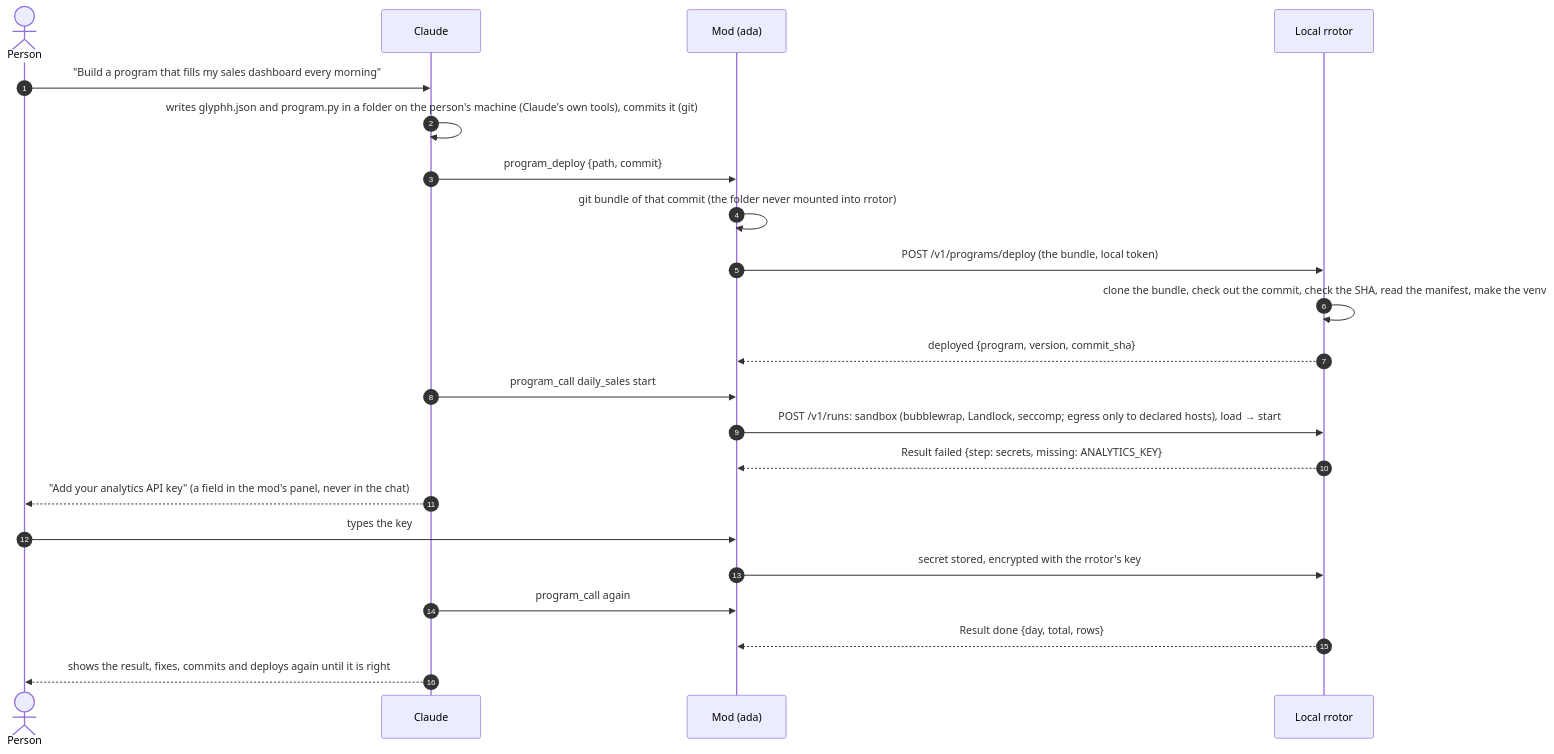
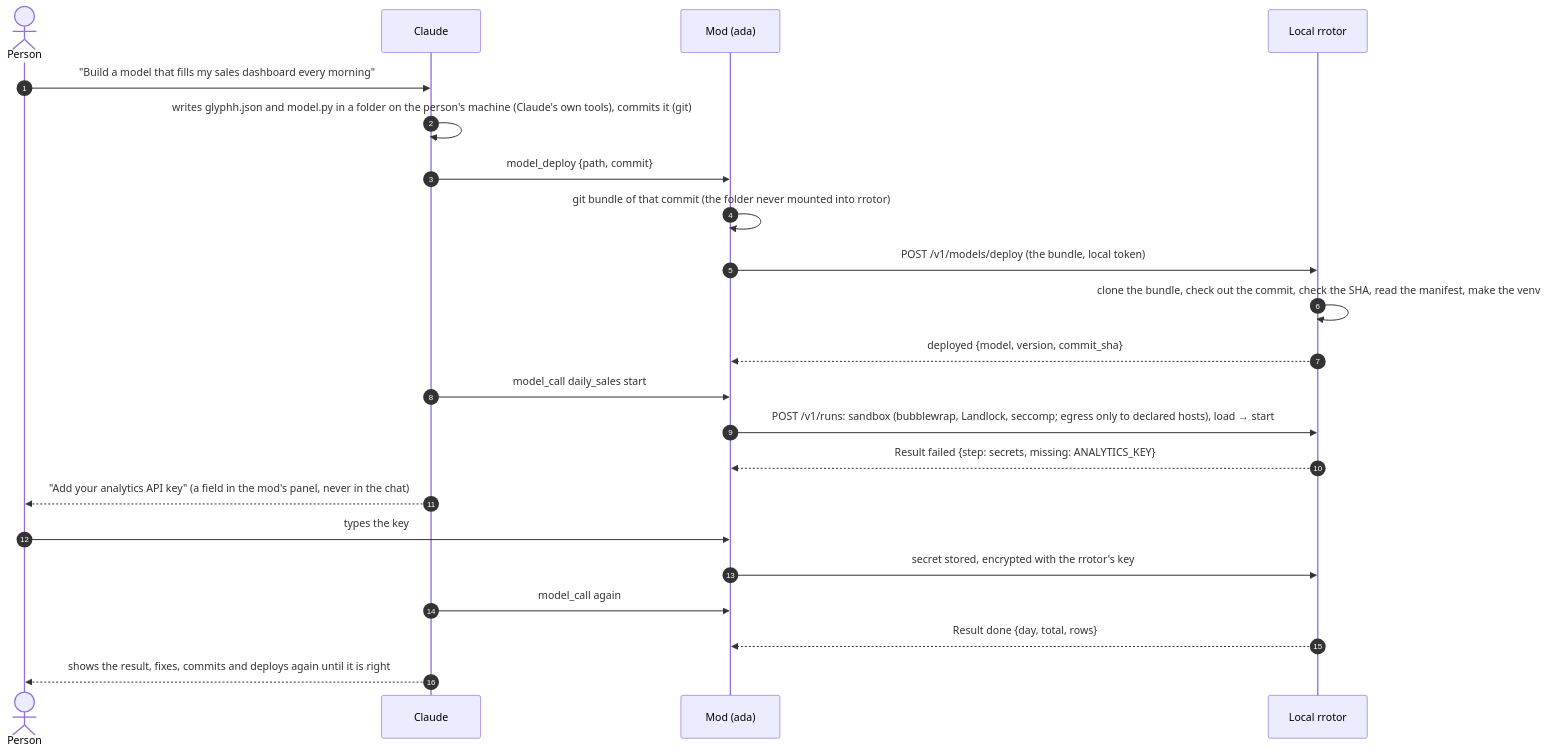
One commit to glyphh-ai/rrotor changed the fifth of 13 diagrams in docs/architecture.md. Above: the diagram before and after it, drawn with Mermaid. The commit also changed other lines of this file and 63 other files, not shown here.

First line of the commit message:
Rename program to model

````diff
--- a/docs/architecture.md
+++ b/docs/architecture.md
@@ -205,24 +205,24 @@
 ```mermaid
 sequenceDiagram
     autonumber
     actor P as Person
     participant C as Claude
     participant M as Mod (ada)
     participant R as Local rrotor
-    P->>C: "Build a program that fills my sales dashboard every morning"
-    C->>C: writes glyphh.json and program.py in a folder on the person's machine (Claude's own tools), commits it (git)
-    C->>M: program_deploy {path, commit}
+    P->>C: "Build a model that fills my sales dashboard every morning"
+    C->>C: writes glyphh.json and model.py in a folder on the person's machine (Claude's own tools), commits it (git)
+    C->>M: model_deploy {path, commit}
     M->>M: git bundle of that commit (the folder never mounted into rrotor)
-    M->>R: POST /v1/programs/deploy (the bundle, local token)
+    M->>R: POST /v1/models/deploy (the bundle, local token)
     R->>R: clone the bundle, check out the commit, check the SHA, read the manifest, make the venv
-    R-->>M: deployed {program, version, commit_sha}
-    C->>M: program_call daily_sales start
+    R-->>M: deployed {model, version, commit_sha}
+    C->>M: model_call daily_sales start
     M->>R: POST /v1/runs: sandbox (bubblewrap, Landlock, seccomp#59; egress only to declared hosts), load → start
     R-->>M: Result failed {step: secrets, missing: ANALYTICS_KEY}
     C-->>P: "Add your analytics API key" (a field in the mod's panel, never in the chat)
     P->>M: types the key
     M->>R: secret stored, encrypted with the rrotor's key
-    C->>M: program_call again
+    C->>M: model_call again
     R-->>M: Result done {day, total, rows}
     C-->>P: shows the result, fixes, commits and deploys again until it is right
 ```
````
